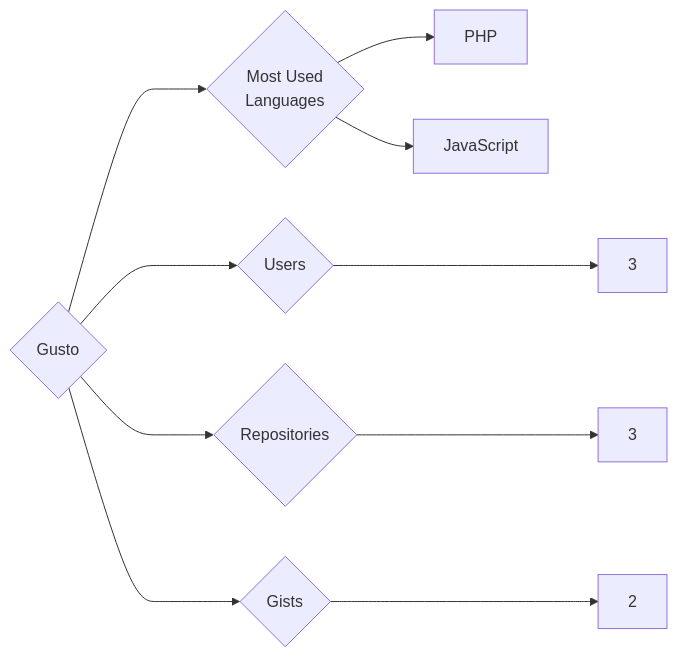
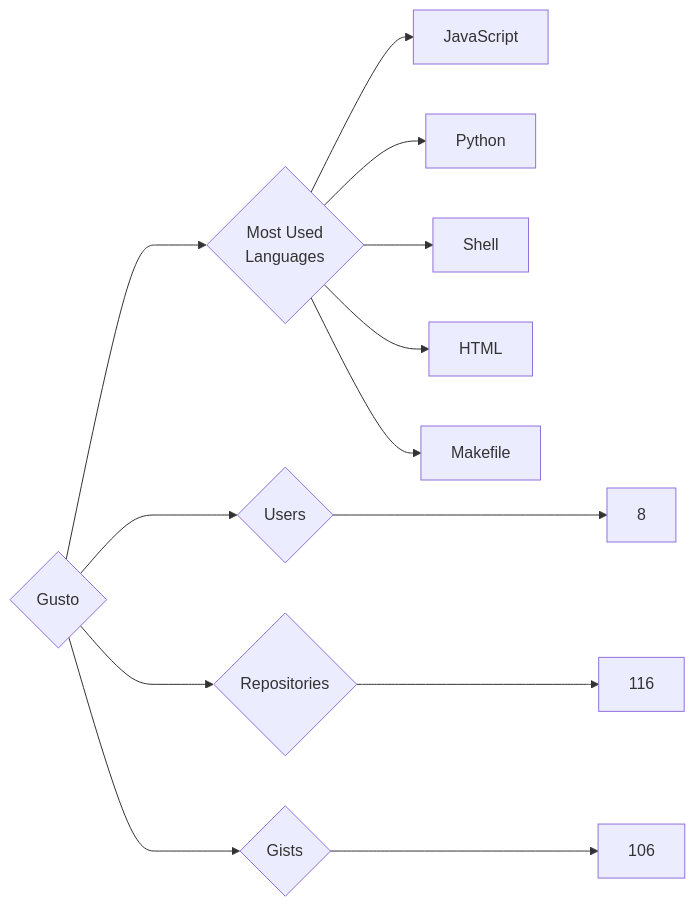
One commit to trickest/insiders changed the diagram in targets/Gusto/README.md. Above: the diagram before and after it, drawn with Mermaid. The commit also changed 1170 other files, not shown here.

````diff
--- a/targets/Gusto/README.md
+++ b/targets/Gusto/README.md
@@ -3,10 +3,13 @@
 ```mermaid
 graph LR
 COMPANY_NAME{Gusto}
-COMPANY_NAME ---> U{Users} ---> UN[3]
-COMPANY_NAME ---> R{Repositories} ---> RN[3]
-COMPANY_NAME ---> G{Gists} ---> GN[2]
+COMPANY_NAME ---> U{Users} ---> UN[8]
+COMPANY_NAME ---> R{Repositories} ---> RN[116]
+COMPANY_NAME ---> G{Gists} ---> GN[106]
 COMPANY_NAME ---> ML{Most Used<br>Languages}
-ML --> PHP[PHP]
 ML --> JavaScript[JavaScript]
+ML --> Python[Python]
+ML --> Shell[Shell]
+ML --> HTML[HTML]
+ML --> Makefile[Makefile]
 ```
````
